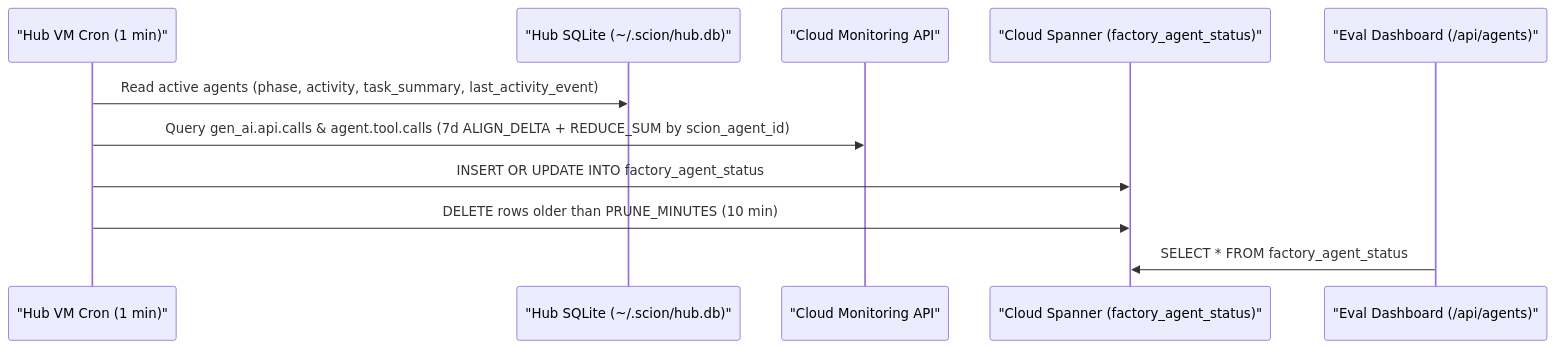
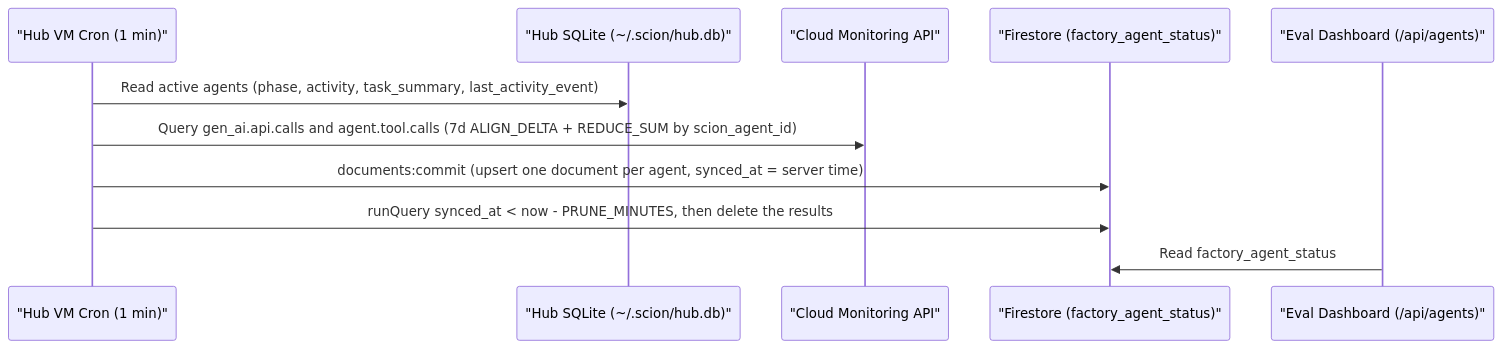
The diagram in docs/telemetry/eval-data-pipeline.md (duboc/scion-defaults), drawn with Mermaid before and after one commit. The commit also changed other lines of this file and 17 other files, not shown here.

Commit message:
docs: document the Firestore control plane and serverless-first defaults

````diff
--- a/docs/telemetry/eval-data-pipeline.md
+++ b/docs/telemetry/eval-data-pipeline.md
@@ -16,14 +22,14 @@
 ```mermaid
 sequenceDiagram
     participant Cron as "Hub VM Cron (1 min)"
     participant SQLite as "Hub SQLite (~/.scion/hub.db)"
     participant CM as "Cloud Monitoring API"
-    participant Spanner as "Cloud Spanner (factory_agent_status)"
+    participant FS as "Firestore (factory_agent_status)"
     participant Dash as "Eval Dashboard (/api/agents)"
 
     Cron->>SQLite: Read active agents (phase, activity, task_summary, last_activity_event)
-    Cron->>CM: Query gen_ai.api.calls & agent.tool.calls (7d ALIGN_DELTA + REDUCE_SUM by scion_agent_id)
-    Cron->>Spanner: INSERT OR UPDATE INTO factory_agent_status
-    Cron->>Spanner: DELETE rows older than PRUNE_MINUTES (10 min)
-    Dash->>Spanner: SELECT * FROM factory_agent_status
+    Cron->>CM: Query gen_ai.api.calls and agent.tool.calls (7d ALIGN_DELTA + REDUCE_SUM by scion_agent_id)
+    Cron->>FS: documents:commit (upsert one document per agent, synced_at = server time)
+    Cron->>FS: runQuery synced_at < now - PRUNE_MINUTES, then delete the results
+    Dash->>FS: Read factory_agent_status
 ```
````
